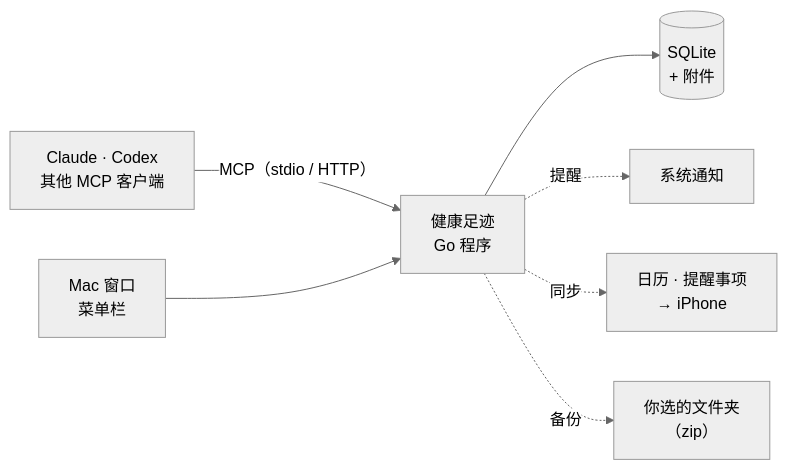
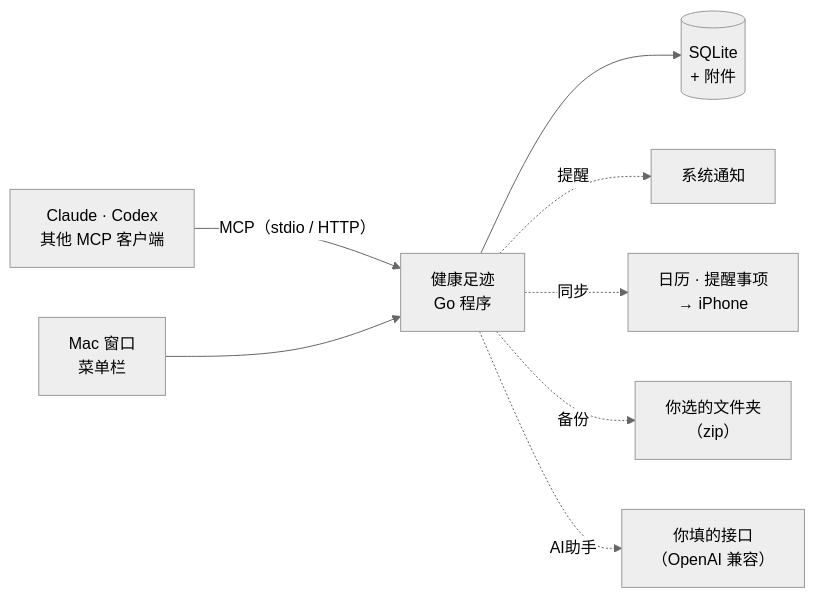
One commit to chunbin1/health-trail changed the diagram in README.md. Above: the diagram before and after it, drawn with Mermaid (neutral theme). The commit also changed other lines of this file and 11 other files, not shown here.

First line of the commit message:
README：顶部放介绍视频，写清 App 里的 AI助手，截图换成现在的界面

````diff
--- a/README.md
+++ b/README.md
@@ -185,9 +225,10 @@
 ```mermaid
 flowchart LR
   ai["Claude · Codex<br>其他 MCP 客户端"] -- "MCP（stdio / HTTP）" --> app
   win["Mac 窗口<br>菜单栏"] --> app
   app["健康足迹<br>Go 程序"] --> db[("SQLite<br>+ 附件")]
   app -. 提醒 .-> notify["系统通知"]
   app -. 同步 .-> ios["日历 · 提醒事项<br>→ iPhone"]
   app -. 备份 .-> backup["你选的文件夹<br>（zip）"]
+  app -. AI助手 .-> api["你填的接口<br>（OpenAI 兼容）"]
 ```
````
